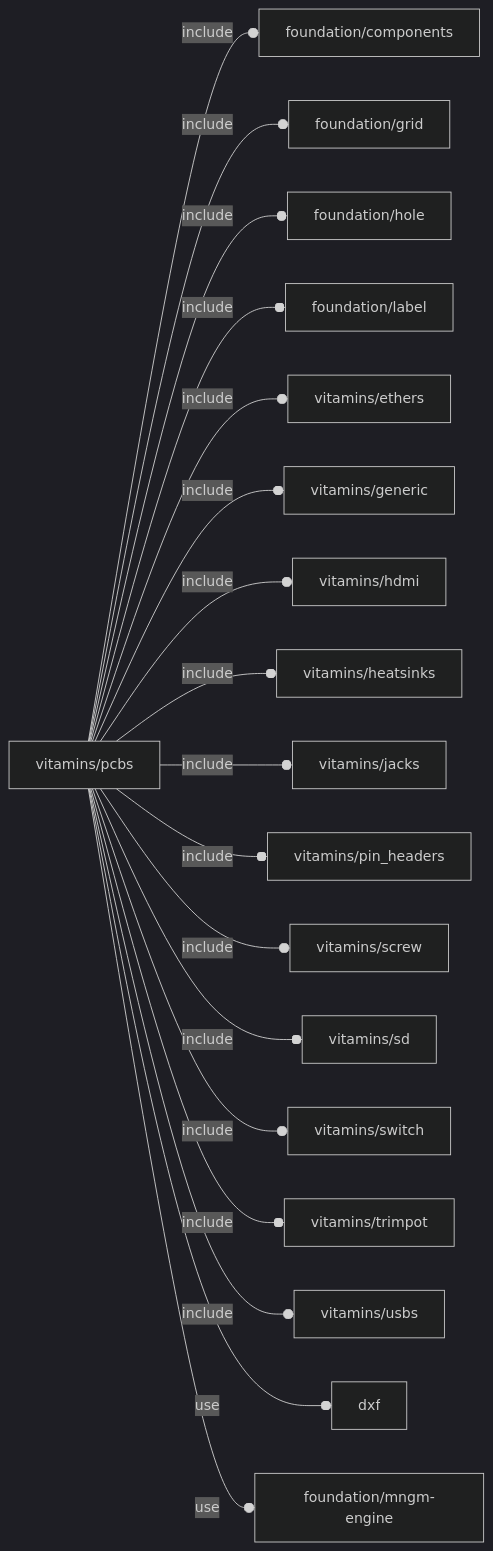
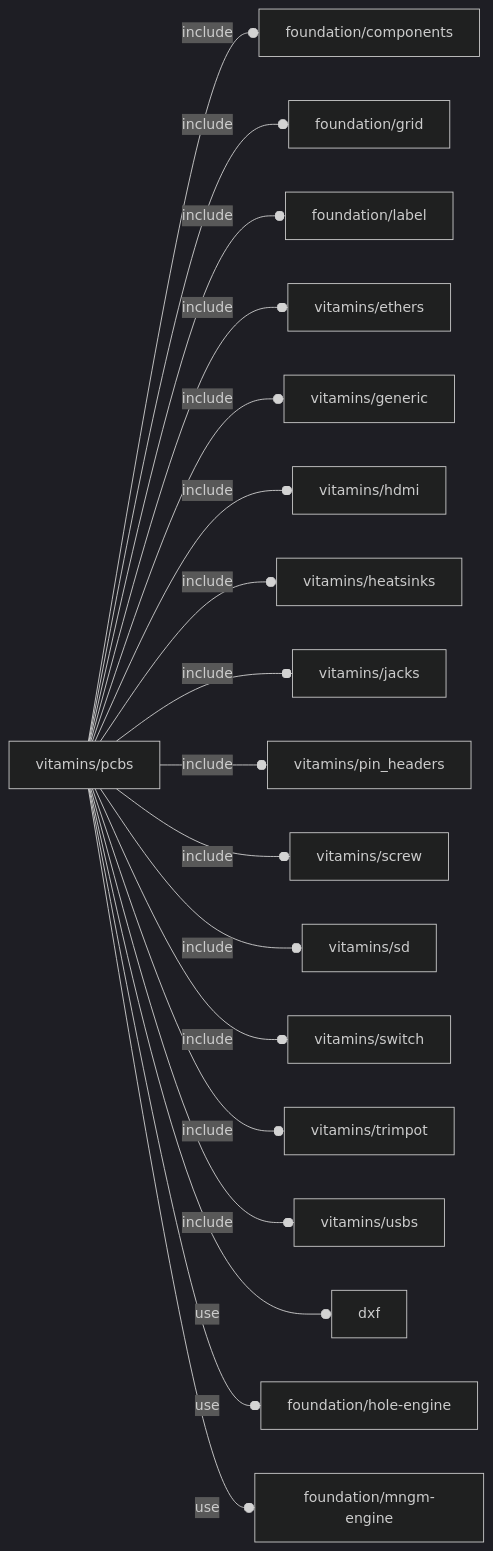
The diagram in orthodocs/vitamins/pcbs.md (ggabbiani/OFL), drawn with Mermaid (dark theme) before and after one commit. The commit also changed other lines of this file and 17 other files, not shown here.

````diff
--- a/orthodocs/vitamins/pcbs.md
+++ b/orthodocs/vitamins/pcbs.md
@@ -5,20 +5,20 @@
 ```mermaid
 graph LR
     A1[vitamins/pcbs] --o|include| A2[foundation/components]
     A1 --o|include| A3[foundation/grid]
-    A1 --o|include| A4[foundation/hole]
-    A1 --o|include| A5[foundation/label]
-    A1 --o|include| A6[vitamins/ethers]
-    A1 --o|include| A7[vitamins/generic]
-    A1 --o|include| A8[vitamins/hdmi]
-    A1 --o|include| A9[vitamins/heatsinks]
-    A1 --o|include| A10[vitamins/jacks]
-    A1 --o|include| A11[vitamins/pin_headers]
-    A1 --o|include| A12[vitamins/screw]
-    A1 --o|include| A13[vitamins/sd]
-    A1 --o|include| A14[vitamins/switch]
-    A1 --o|include| A15[vitamins/trimpot]
-    A1 --o|include| A16[vitamins/usbs]
-    A1 --o|use| A17[dxf]
+    A1 --o|include| A4[foundation/label]
+    A1 --o|include| A5[vitamins/ethers]
+    A1 --o|include| A6[vitamins/generic]
+    A1 --o|include| A7[vitamins/hdmi]
+    A1 --o|include| A8[vitamins/heatsinks]
+    A1 --o|include| A9[vitamins/jacks]
+    A1 --o|include| A10[vitamins/pin_headers]
+    A1 --o|include| A11[vitamins/screw]
+    A1 --o|include| A12[vitamins/sd]
+    A1 --o|include| A13[vitamins/switch]
+    A1 --o|include| A14[vitamins/trimpot]
+    A1 --o|include| A15[vitamins/usbs]
+    A1 --o|use| A16[dxf]
+    A1 --o|use| A17[foundation/hole-engine]
     A1 --o|use| A18[foundation/mngm-engine]
 ```
````
